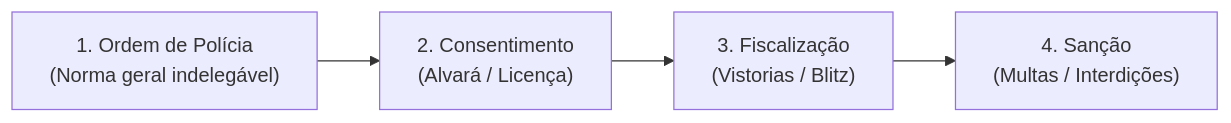
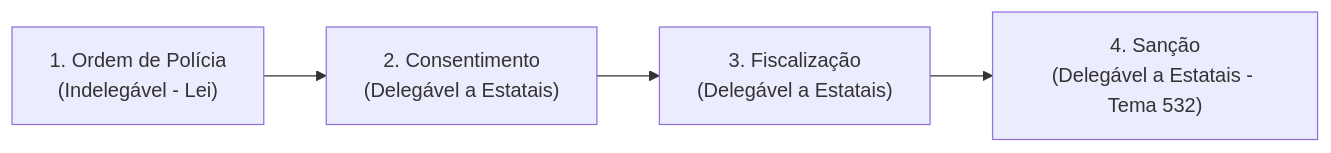
Before and after one commit to thiagosantos346/TCE-GO-2027: the third of 4 diagrams in fontes_de_estudo/conhecimentos_especificos_a01_tecnico_administrativo/15_nocoes_de_direito_administrativo/02_organizacao_administrativa_e_poderes.md, drawn with Mermaid. The commit also changed other lines of this file and 119 other files, not shown here.

````diff
--- a/fontes_de_estudo/conhecimentos_especificos_a01_tecnico_administrativo/15_nocoes_de_direito_administrativo/02_organizacao_administrativa_e_poderes.md
+++ b/fontes_de_estudo/conhecimentos_especificos_a01_tecnico_administrativo/15_nocoes_de_direito_administrativo/02_organizacao_administrativa_e_poderes.md
@@ -112,6 +221,6 @@
 ```mermaid
 flowchart LR
-    O["1. Ordem de Polícia<br/>(Norma geral indelegável)"] --> C["2. Consentimento<br/>(Alvará / Licença)"]
-    C --> F["3. Fiscalização<br/>(Vistorias / Blitz)"]
-    F --> S["4. Sanção<br/>(Multas / Interdições)"]
+    O["1. Ordem de Polícia<br/>(Indelegável - Lei)"] --> C["2. Consentimento<br/>(Delegável a Estatais)"]
+    C --> F["3. Fiscalização<br/>(Delegável a Estatais)"]
+    F --> S["4. Sanção<br/>(Delegável a Estatais - Tema 532)"]
 ```
````
